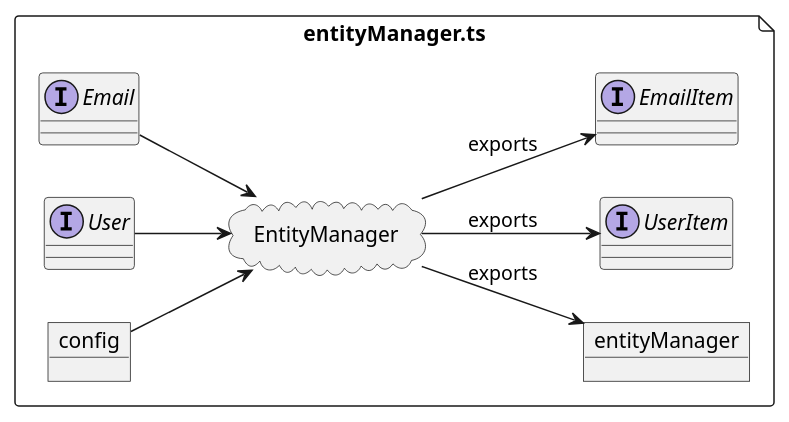
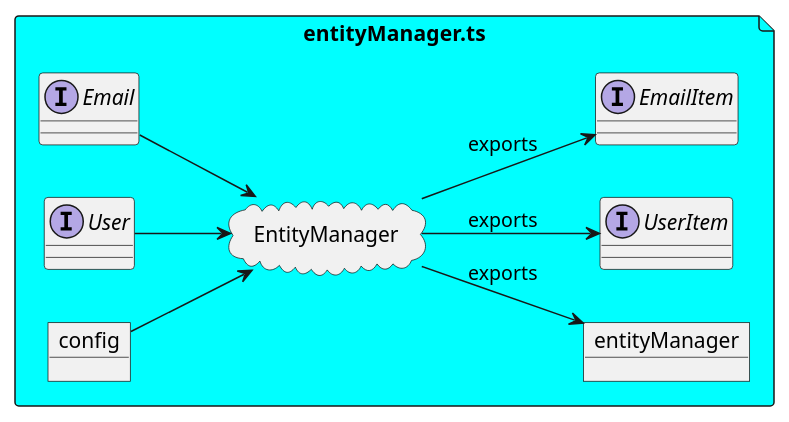
The diagram in diagrams/entityManager.pu (karmaniverous/entity-manager-demo), drawn with PlantUML before and after one commit. The commit also changed 5 other files, not shown here.

Commit message:
update diagrams

```diff
--- a/diagrams/entityManager.pu
+++ b/diagrams/entityManager.pu
@@ -1,29 +1,29 @@
 @startuml entityManager
 
 allowmixing
 
 left to right direction
 
-file "entityManager.ts" as entityManagerTs {
+file "entityManager.ts" as entityManagerTs #Cyan {
     interface Email
     interface User
     object config
     cloud EntityManager
 
     Email --> EntityManager
     User --> EntityManager
     config --> EntityManager
 
     interface EmailItem
     interface UserItem
     object entityManager
 
     EntityManager --> EmailItem: exports
     EntityManager --> UserItem: exports
     EntityManager --> entityManager: exports
 
     UserItem -[hidden] EmailItem
     entityManager -[hidden] UserItem
 }
 
 @enduml
```
